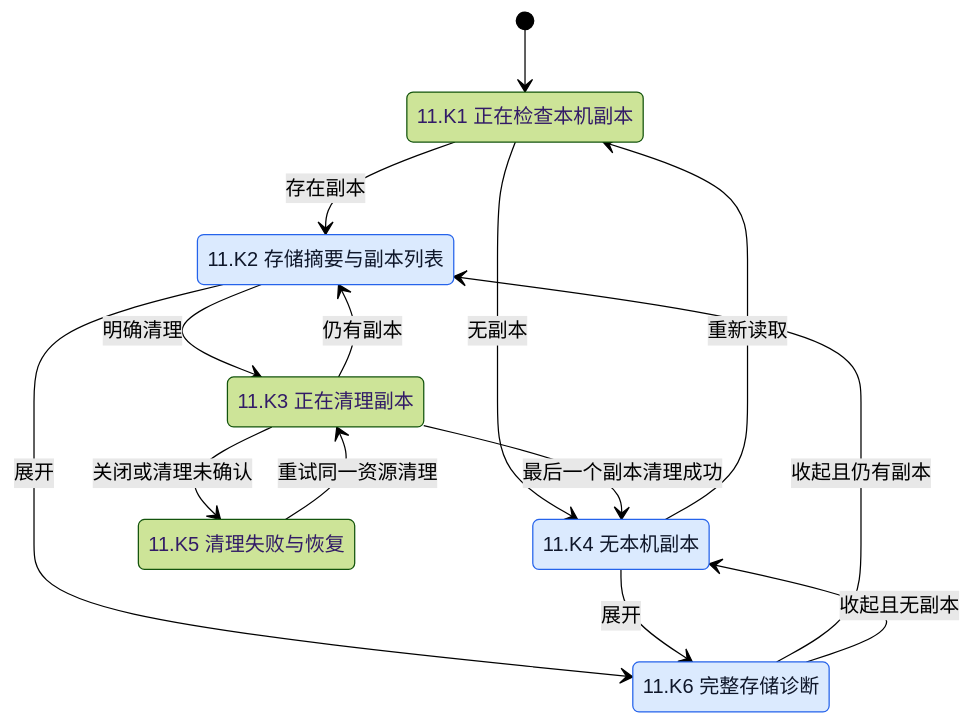
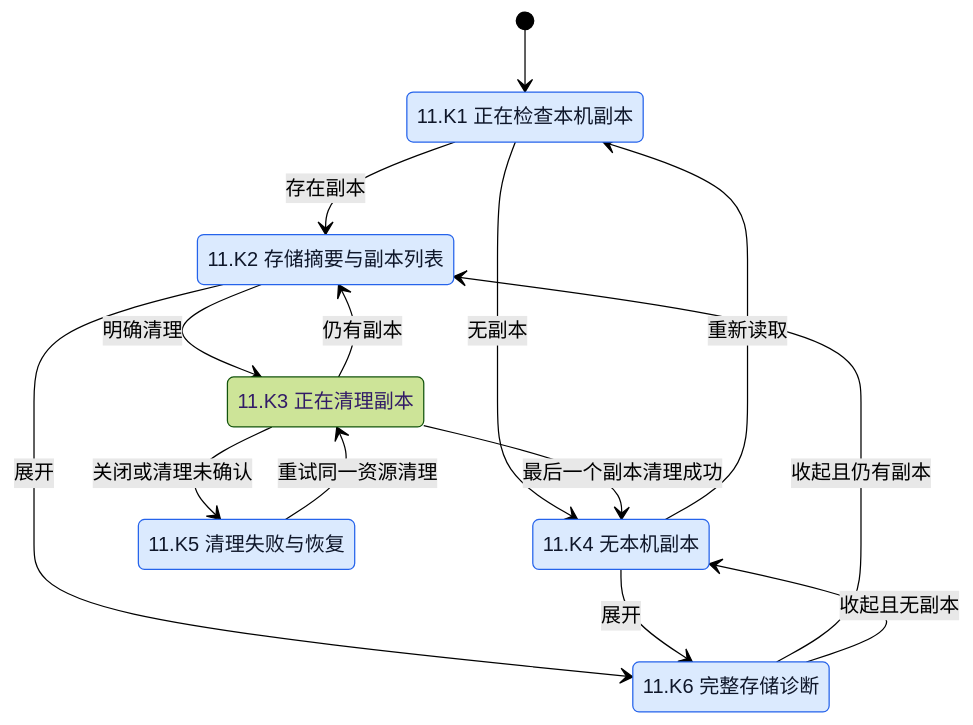
Before and after one commit to Wybxc/karuyomi: diagram 16 of 21 in docs/verification/mihon-state-coverage.md, drawn with Mermaid (forest theme). The commit also changed other lines of this file and 11 other files, not shown here.

````diff
--- a/docs/verification/mihon-state-coverage.md
+++ b/docs/verification/mihon-state-coverage.md
@@ -1524,24 +1524,24 @@
 ```mermaid
 stateDiagram-v2
     [*] --> ReadingCache
     state "11.K1 正在检查本机副本" as ReadingCache
     state "11.K2 存储摘要与副本列表" as CachedCopies
     state "11.K3 正在清理副本" as CleaningCopy
     state "11.K4 无本机副本" as NoCopies
     state "11.K5 清理失败与恢复" as CleaningFailed
     state "11.K6 完整存储诊断" as CacheDiagnostics
     ReadingCache --> CachedCopies: 存在副本
     ReadingCache --> NoCopies: 无副本
     CachedCopies --> CleaningCopy: 明确清理
     CleaningCopy --> NoCopies: 最后一个副本清理成功
     CleaningCopy --> CachedCopies: 仍有副本
     CleaningCopy --> CleaningFailed: 关闭或清理未确认
     CleaningFailed --> CleaningCopy: 重试同一资源清理
     CachedCopies --> CacheDiagnostics: 展开
     NoCopies --> CacheDiagnostics: 展开
     CacheDiagnostics --> CachedCopies: 收起且仍有副本
     CacheDiagnostics --> NoCopies: 收起且无副本
     NoCopies --> ReadingCache: 重新读取
     classDef paired fill:#dbeafe,stroke:#2563eb,color:#0f172a
-    class CachedCopies,NoCopies,CacheDiagnostics paired
+    class ReadingCache,CachedCopies,NoCopies,CleaningFailed,CacheDiagnostics paired
 ```
````
